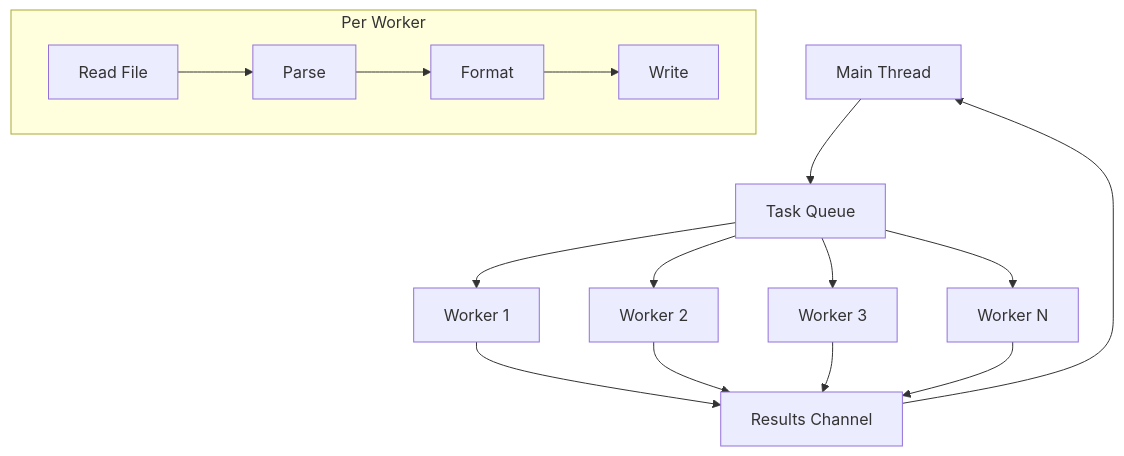
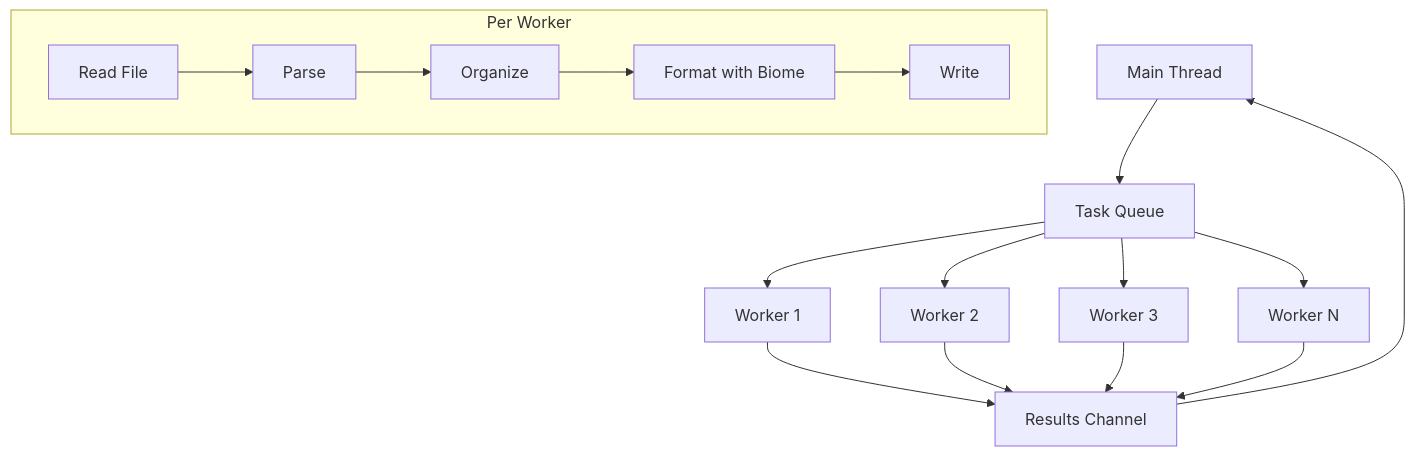
Before and after one commit to skeswa/krokfmt: diagram 13 of 19 in docs/design.md, drawn with Mermaid. The commit also changed other lines of this file and 14 other files, not shown here.

````diff
--- a/docs/design.md
+++ b/docs/design.md
@@ -466,21 +492,22 @@
 ```mermaid
 graph TD
     M[Main Thread] --> Q[Task Queue]
     Q --> W1[Worker 1]
     Q --> W2[Worker 2]
     Q --> W3[Worker 3]
     Q --> WN[Worker N]
     
     W1 --> R[Results Channel]
     W2 --> R
     W3 --> R
     WN --> R
     
     R --> M
     
     subgraph "Per Worker"
         F1[Read File] --> F2[Parse]
-        F2 --> F3[Format]
-        F3 --> F4[Write]
+        F2 --> F3[Organize]
+        F3 --> F4[Format with Biome]
+        F4 --> F5[Write]
     end
 ```
````
